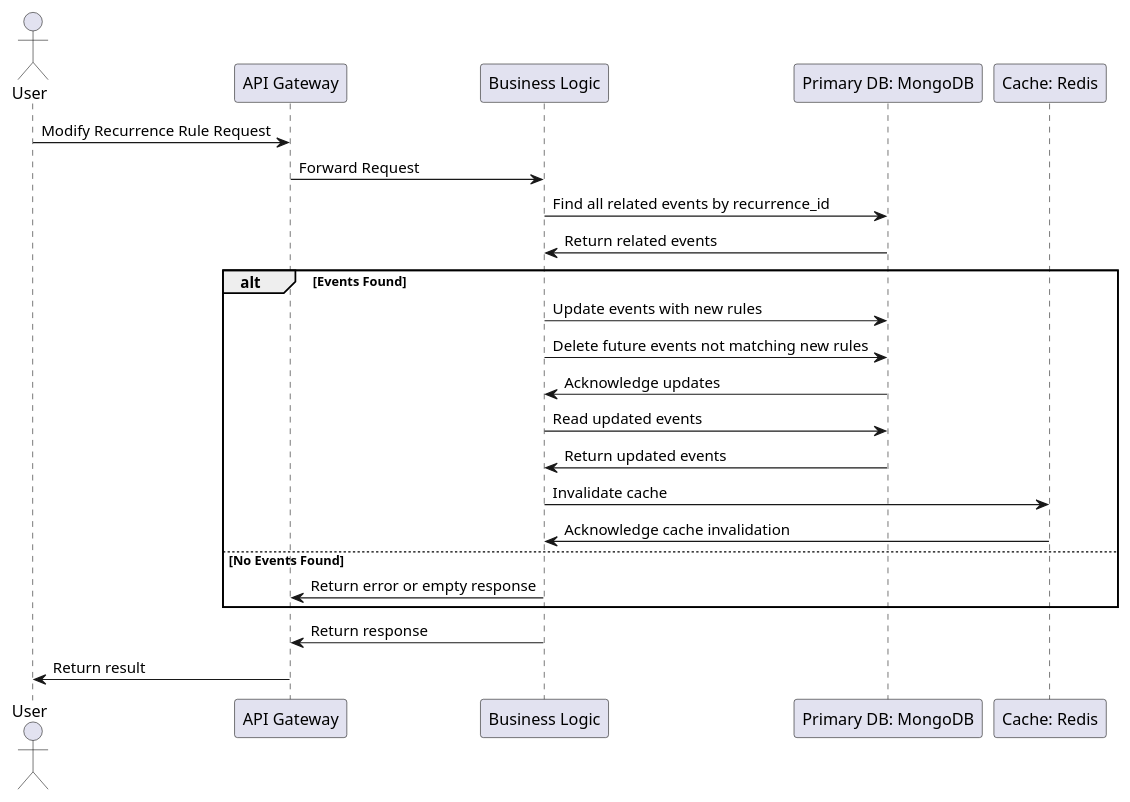
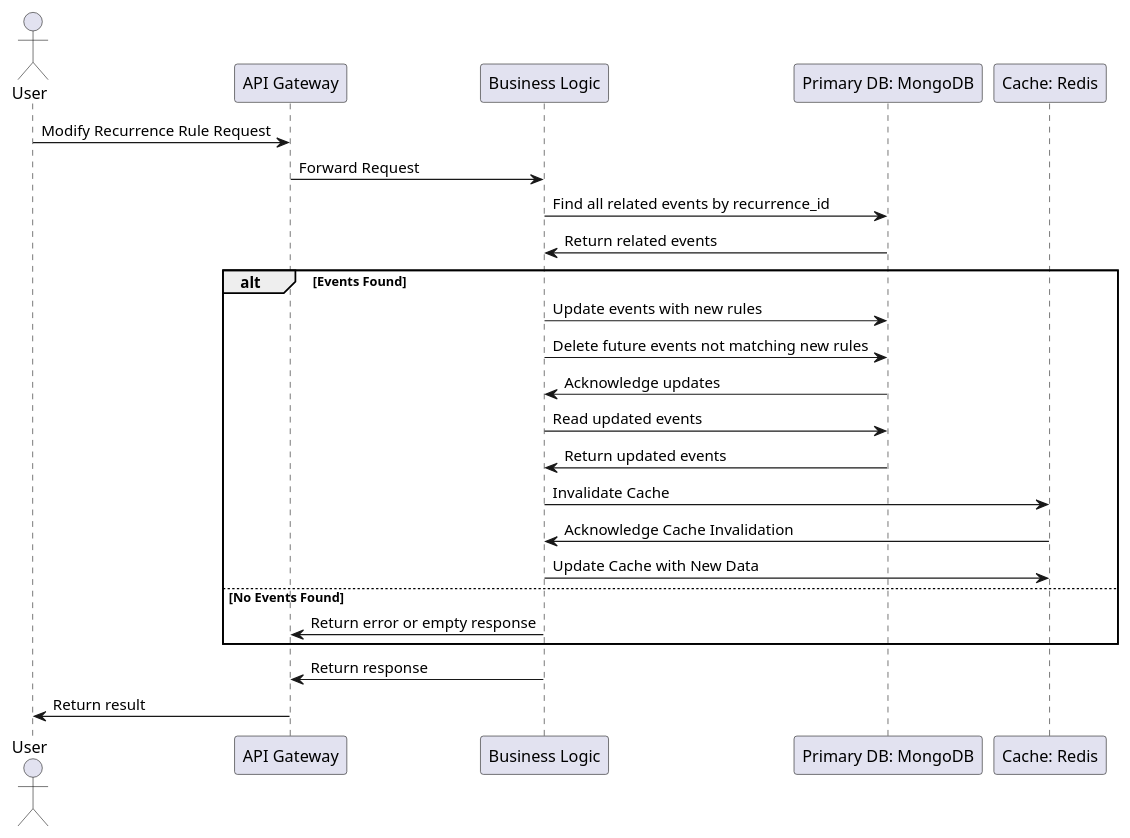
Before and after one commit to huangyingw/system_design: the diagram in high_traffic_calendar/process_modifying_recurrence_rules.puml, drawn with PlantUML.

```diff
--- a/high_traffic_calendar/process_modifying_recurrence_rules.puml
+++ b/high_traffic_calendar/process_modifying_recurrence_rules.puml
@@ -1,31 +1,32 @@
 @startuml
 
 actor User
 participant "API Gateway"
 participant "Business Logic"
 participant "Primary DB: MongoDB"
 participant "Cache: Redis"
 
 User -> "API Gateway": Modify Recurrence Rule Request
 "API Gateway" -> "Business Logic": Forward Request
 "Business Logic" -> "Primary DB: MongoDB": Find all related events by recurrence_id
 "Primary DB: MongoDB" -> "Business Logic": Return related events
 
 alt Events Found
     "Business Logic" -> "Primary DB: MongoDB": Update events with new rules
     "Business Logic" -> "Primary DB: MongoDB": Delete future events not matching new rules
     "Primary DB: MongoDB" -> "Business Logic": Acknowledge updates
 
     "Business Logic" -> "Primary DB: MongoDB": Read updated events
     "Primary DB: MongoDB" -> "Business Logic": Return updated events
 
-    "Business Logic" -> "Cache: Redis": Invalidate cache
-    "Cache: Redis" -> "Business Logic": Acknowledge cache invalidation
+    "Business Logic" -> "Cache: Redis": Invalidate Cache
+    "Cache: Redis" -> "Business Logic": Acknowledge Cache Invalidation
+    "Business Logic" -> "Cache: Redis": Update Cache with New Data
 else No Events Found
     "Business Logic" -> "API Gateway": Return error or empty response
 end
 
 "Business Logic" -> "API Gateway": Return response
 "API Gateway" -> User: Return result
 
 @enduml
```
